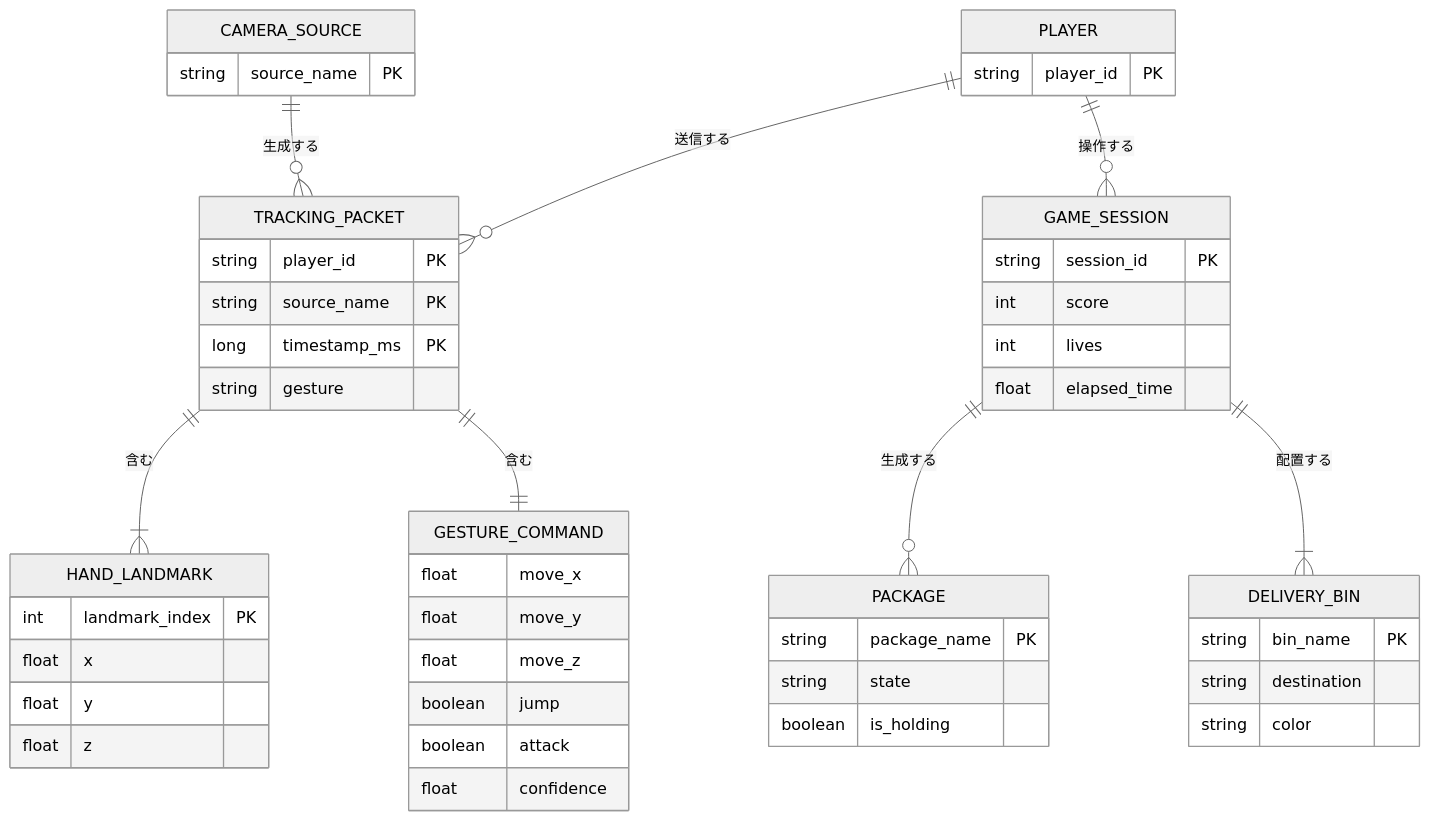
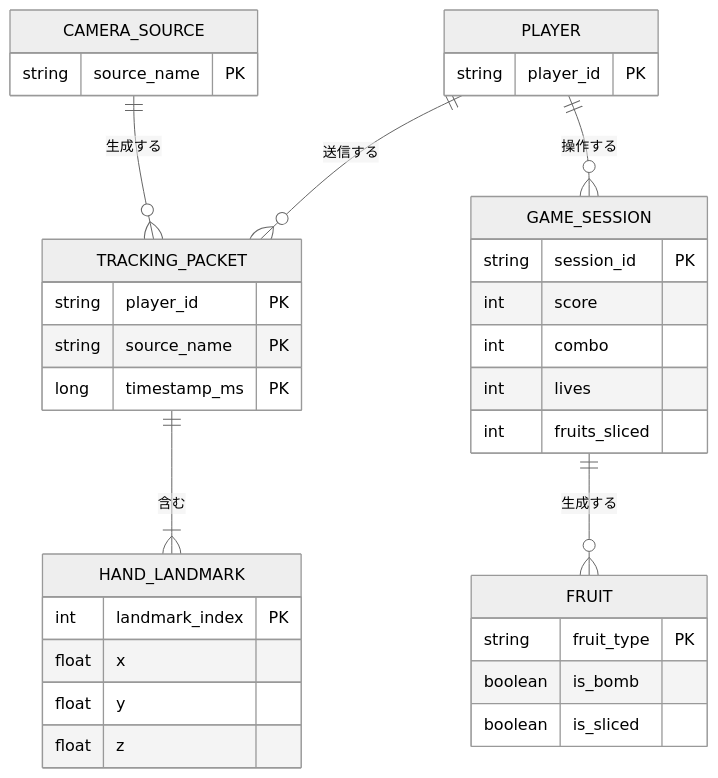
One commit to tanakaseidy3103/frut-ninja changed the second of 2 diagrams in README.md. Above: the diagram before and after it, drawn with Mermaid (neutral theme). The commit also changed other lines of this file, not shown here.

Commit message:
docs: rewrite README to describe the Fruit Ninja gameplay

````diff
--- a/README.md
+++ b/README.md
@@ -108,53 +100,38 @@
 ```mermaid
 erDiagram
   PLAYER ||--o{ TRACKING_PACKET : "送信する"
   CAMERA_SOURCE ||--o{ TRACKING_PACKET : "生成する"
   TRACKING_PACKET ||--|{ HAND_LANDMARK : "含む"
-  TRACKING_PACKET ||--|| GESTURE_COMMAND : "含む"
-  GAME_SESSION ||--o{ PACKAGE : "生成する"
-  GAME_SESSION ||--|{ DELIVERY_BIN : "配置する"
+  GAME_SESSION ||--o{ FRUIT : "生成する"
   PLAYER ||--o{ GAME_SESSION : "操作する"
 
   PLAYER {
     string player_id PK
   }
   CAMERA_SOURCE {
     string source_name PK
   }
   TRACKING_PACKET {
     string player_id PK
     string source_name PK
     long timestamp_ms PK
-    string gesture
   }
   HAND_LANDMARK {
     int landmark_index PK
     float x
     float y
     float z
   }
-  GESTURE_COMMAND {
-    float move_x
-    float move_y
-    float move_z
-    boolean jump
-    boolean attack
-    float confidence
-  }
   GAME_SESSION {
     string session_id PK
     int score
+    int combo
     int lives
-    float elapsed_time
+    int fruits_sliced
   }
-  PACKAGE {
-    string package_name PK
-    string state
-    boolean is_holding
-  }
-  DELIVERY_BIN {
-    string bin_name PK
-    string destination
-    string color
+  FRUIT {
+    string fruit_type PK
+    boolean is_bomb
+    boolean is_sliced
   }
 ```
````
